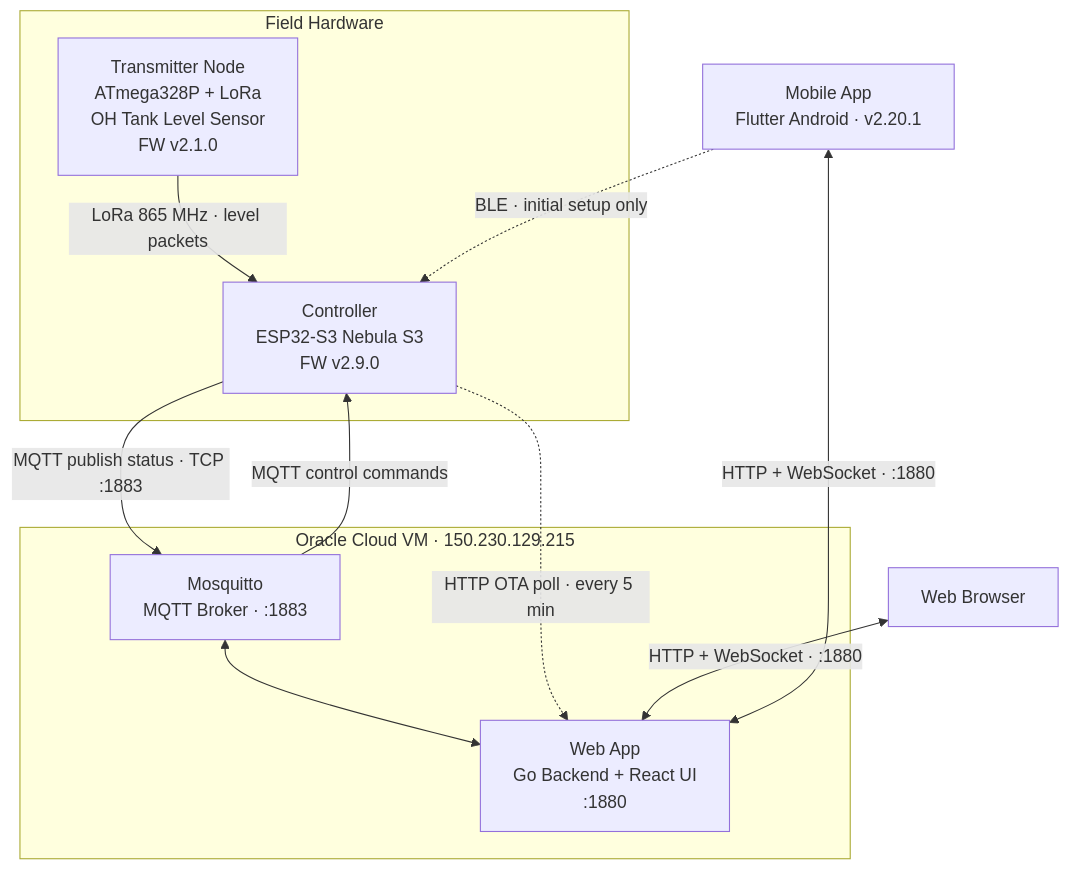
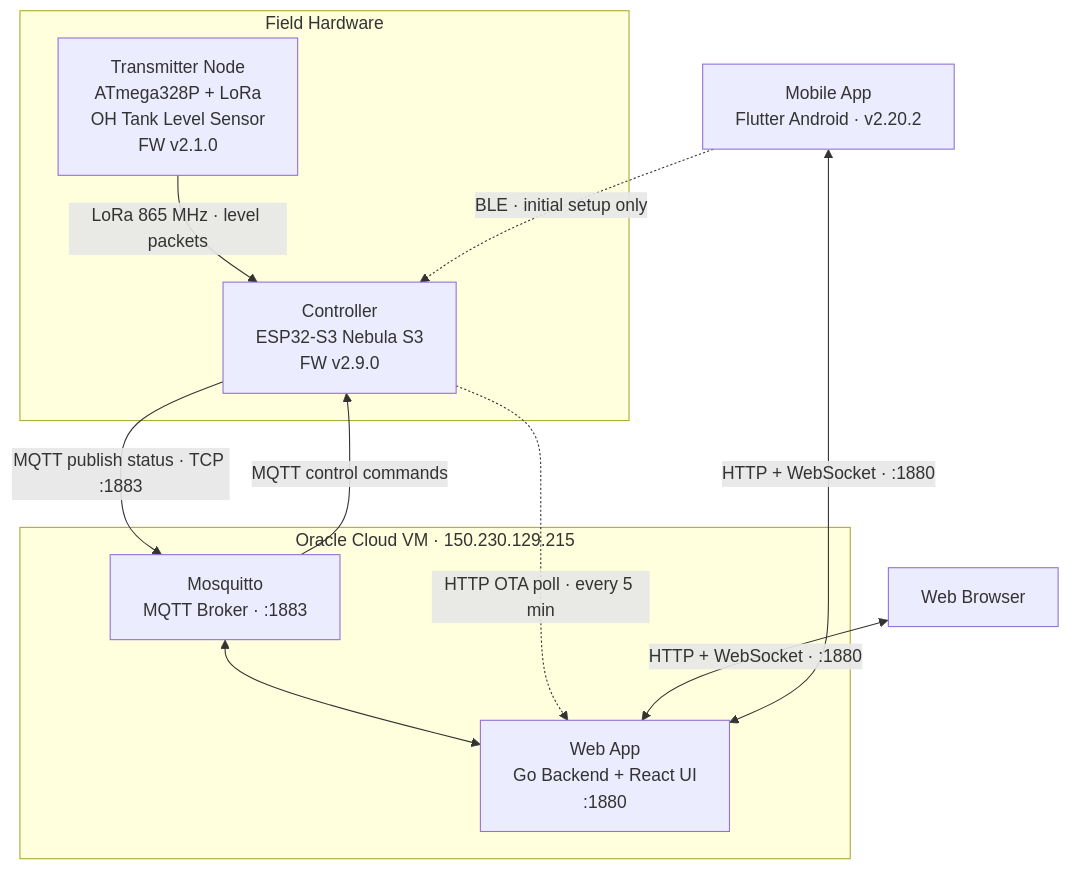
Before and after one commit to nperiannan/TankMonitor: the first of 2 diagrams in README.md, drawn with Mermaid. The commit also changed other lines of this file and 13 other files, not shown here.

````diff
--- a/README.md
+++ b/README.md
@@ -9,25 +9,25 @@
 ```mermaid
 flowchart TD
     subgraph Field["Field Hardware"]
         TX["Transmitter Node\nATmega328P + LoRa\nOH Tank Level Sensor\nFW v2.1.0"]
         CTRL["Controller\nESP32-S3 Nebula S3\nFW v2.9.0"]
         TX -- "LoRa 865 MHz · level packets" --> CTRL
     end
 
     subgraph Server["Oracle Cloud VM · 150.230.129.215"]
         MQ["Mosquitto\nMQTT Broker · :1883"]
         WEB["Web App\nGo Backend + React UI\n:1880"]
         MQ <--> WEB
     end
 
     CTRL -- "MQTT publish status · TCP :1883" --> MQ
     MQ -- "MQTT control commands" --> CTRL
     CTRL -. "HTTP OTA poll · every 5 min" .-> WEB
 
     BROWSER["Web Browser"]
-    APP["Mobile App\nFlutter Android · v2.20.1"]
+    APP["Mobile App\nFlutter Android · v2.20.2"]
 
     BROWSER <-- "HTTP + WebSocket · :1880" --> WEB
     APP <-- "HTTP + WebSocket · :1880" --> WEB
     APP -. "BLE · initial setup only" .-> CTRL
 ```
````
